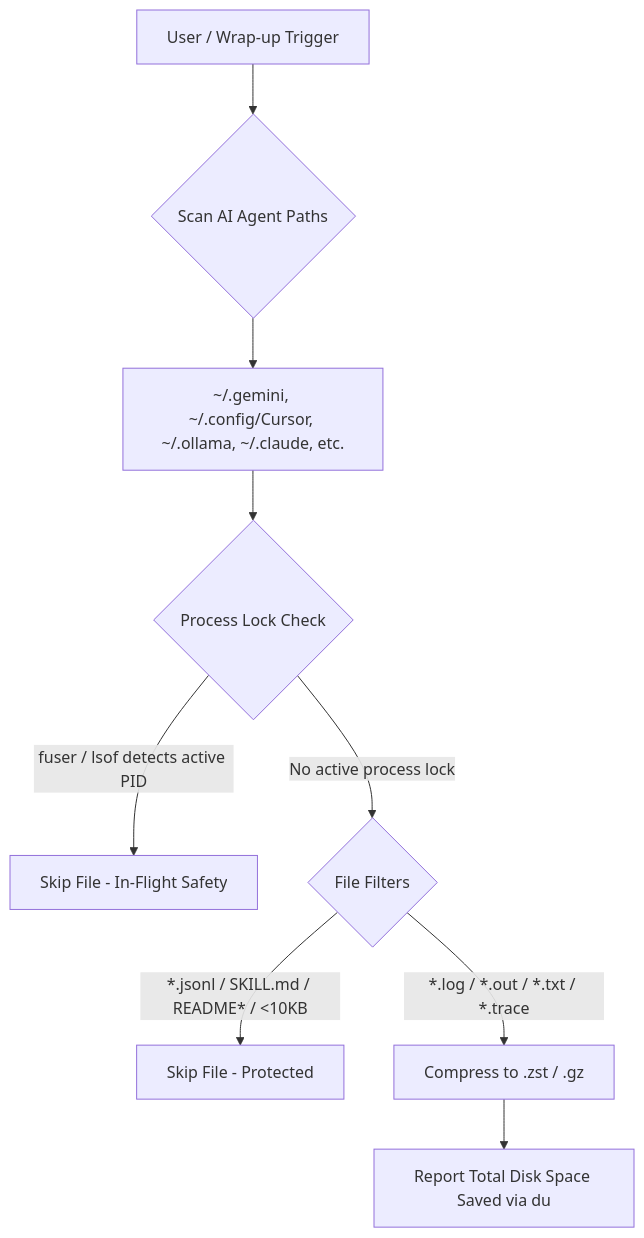
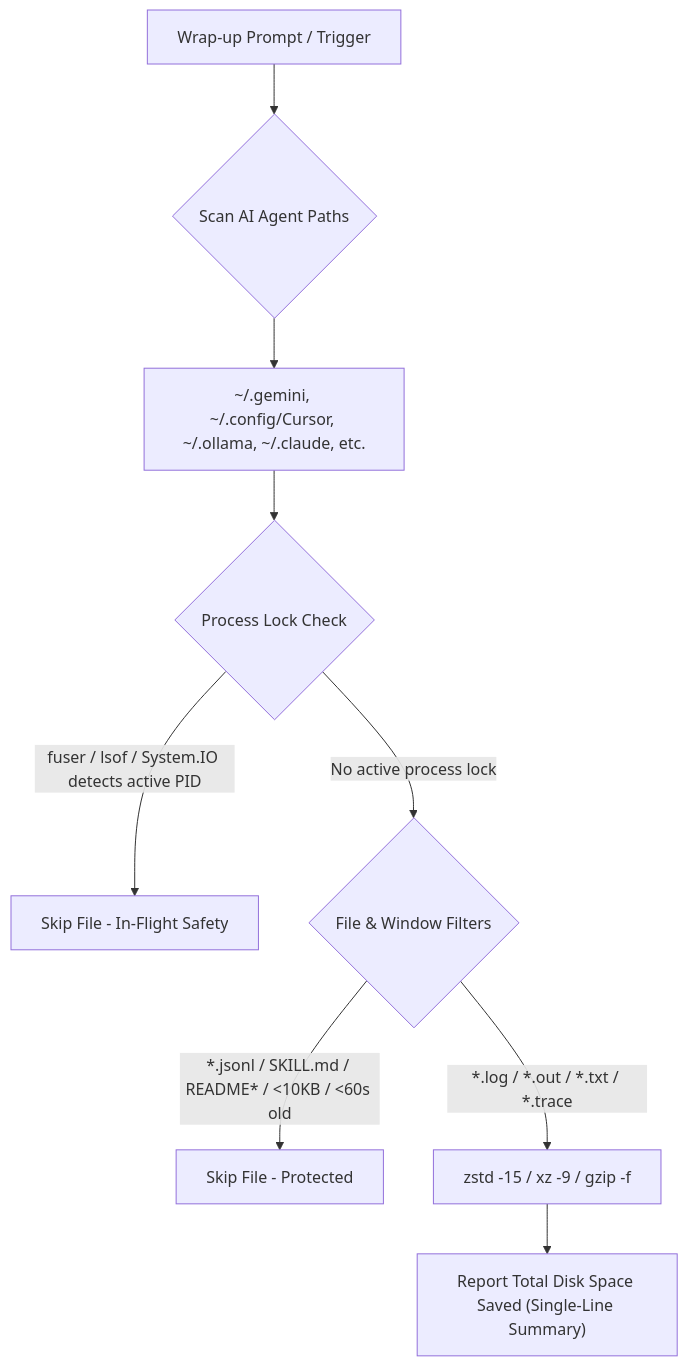
One commit to sebin-gg/zlog changed the diagram in README.md. Above: the diagram before and after it, drawn with Mermaid. The commit also changed other lines of this file, not shown here.

````diff
--- a/README.md
+++ b/README.md
@@ -57,11 +56,11 @@
 ```mermaid
 graph TD
-    A["User / Wrap-up Trigger"] --> B{"Scan AI Agent Paths"}
+    A["Wrap-up Prompt / Trigger"] --> B{"Scan AI Agent Paths"}
     B --> C["~/.gemini, ~/.config/Cursor, ~/.ollama, ~/.claude, etc."]
     C --> D{"Process Lock Check"}
-    D -- "fuser / lsof detects active PID" --> E["Skip File - In-Flight Safety"]
-    D -- "No active process lock" --> F{"File Filters"}
-    F -- "*.jsonl / SKILL.md / README* / <10KB" --> G["Skip File - Protected"]
-    F -- "*.log / *.out / *.txt / *.trace" --> H["Compress to .zst / .gz"]
-    H --> I["Report Total Disk Space Saved via du"]
+    D -- "fuser / lsof / System.IO detects active PID" --> E["Skip File - In-Flight Safety"]
+    D -- "No active process lock" --> F{"File & Window Filters"}
+    F -- "*.jsonl / SKILL.md / README* / <10KB / <60s old" --> G["Skip File - Protected"]
+    F -- "*.log / *.out / *.txt / *.trace" --> H["zstd -15 / xz -9 / gzip -f"]
+    H --> I["Report Total Disk Space Saved (Single-Line Summary)"]
 ```
````
